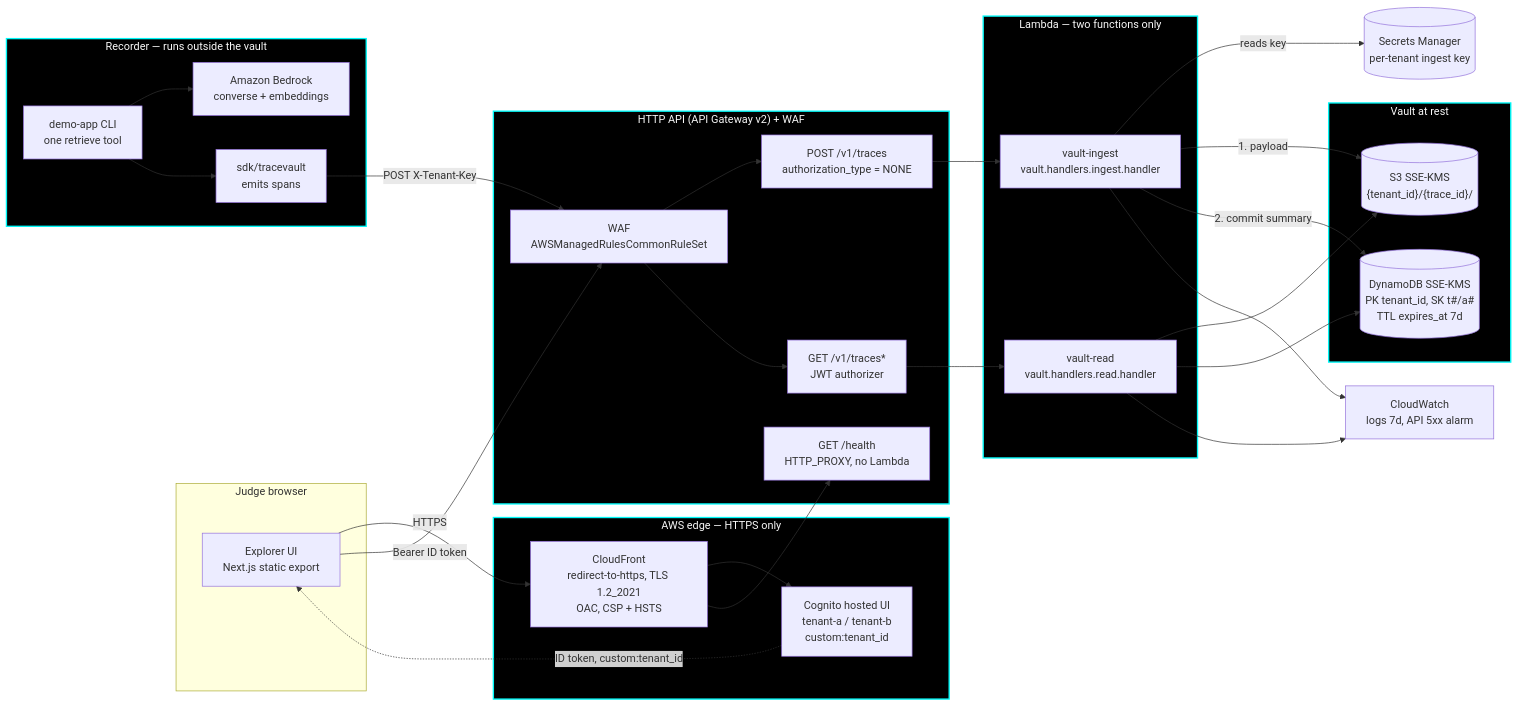
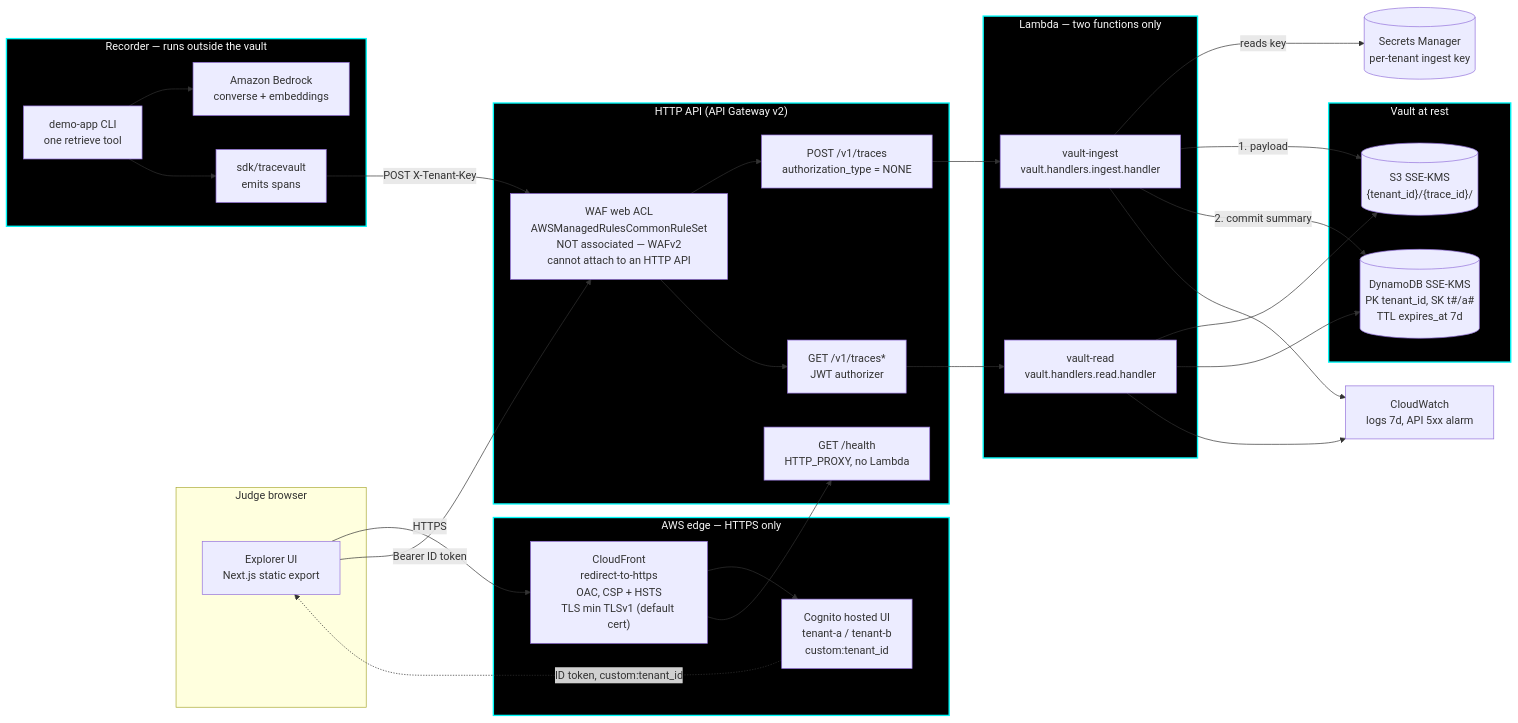
One commit to Sighopss/DevOps-for-GenAI---Ottawa-2026---Team-04-Summer.exe changed the diagram in docs/ARCHITECTURE.md. Above: the diagram before and after it, drawn with Mermaid. The commit also changed 3 other files, not shown here.

````diff
--- a/docs/ARCHITECTURE.md
+++ b/docs/ARCHITECTURE.md
@@ -9,64 +9,64 @@
 ```mermaid
 flowchart LR
     subgraph client["Judge browser"]
         ui["Explorer UI<br/>Next.js static export"]
     end
 
     subgraph edge["AWS edge — HTTPS only"]
-        cf["CloudFront<br/>redirect-to-https, TLS 1.2_2021<br/>OAC, CSP + HSTS"]
+        cf["CloudFront<br/>redirect-to-https<br/>OAC, CSP + HSTS<br/>TLS min TLSv1 (default cert)"]
         cog["Cognito hosted UI<br/>tenant-a / tenant-b<br/>custom:tenant_id"]
     end
 
-    subgraph api["HTTP API (API Gateway v2) + WAF"]
-        waf["WAF<br/>AWSManagedRulesCommonRuleSet"]
+    subgraph api["HTTP API (API Gateway v2)"]
+        waf["WAF web ACL<br/>AWSManagedRulesCommonRuleSet<br/>NOT associated — WAFv2<br/>cannot attach to an HTTP API"]
         health["GET /health<br/>HTTP_PROXY, no Lambda"]
         rpost["POST /v1/traces<br/>authorization_type = NONE"]
         rget["GET /v1/traces*<br/>JWT authorizer"]
     end
 
     subgraph compute["Lambda — two functions only"]
         ing["vault-ingest<br/>vault.handlers.ingest.handler"]
         rd["vault-read<br/>vault.handlers.read.handler"]
     end
 
     subgraph store["Vault at rest"]
         s3[("S3 SSE-KMS<br/>{tenant_id}/{trace_id}/")]
         ddb[("DynamoDB SSE-KMS<br/>PK tenant_id, SK t#/a#<br/>TTL expires_at 7d")]
     end
 
     subgraph producer["Recorder — runs outside the vault"]
         demo["demo-app CLI<br/>one retrieve tool"]
         sdk["sdk/tracevault<br/>emits spans"]
         br["Amazon Bedrock<br/>converse + embeddings"]
     end
 
     sm[("Secrets Manager<br/>per-tenant ingest key")]
     cw["CloudWatch<br/>logs 7d, API 5xx alarm"]
 
     ui -->|"HTTPS"| cf
     cf --> cog
     cog -.->|"ID token, custom:tenant_id"| ui
     ui -->|"Bearer ID token"| waf
     cf --> health
 
     demo --> br
     demo --> sdk
     sdk -->|"POST X-Tenant-Key"| waf
 
     waf --> rpost
     waf --> rget
     rpost --> ing
     rget --> rd
 
     ing -->|"reads key"| sm
     ing -->|"1. payload"| s3
     ing -->|"2. commit summary"| ddb
     rd --> s3
     rd --> ddb
 
     ing --> cw
     rd --> cw
 
     classDef boundary fill:#000,stroke:#00f8f8,stroke-width:2px,color:#f8f8f8
     class edge,api,compute,store,producer boundary
 ```
````
